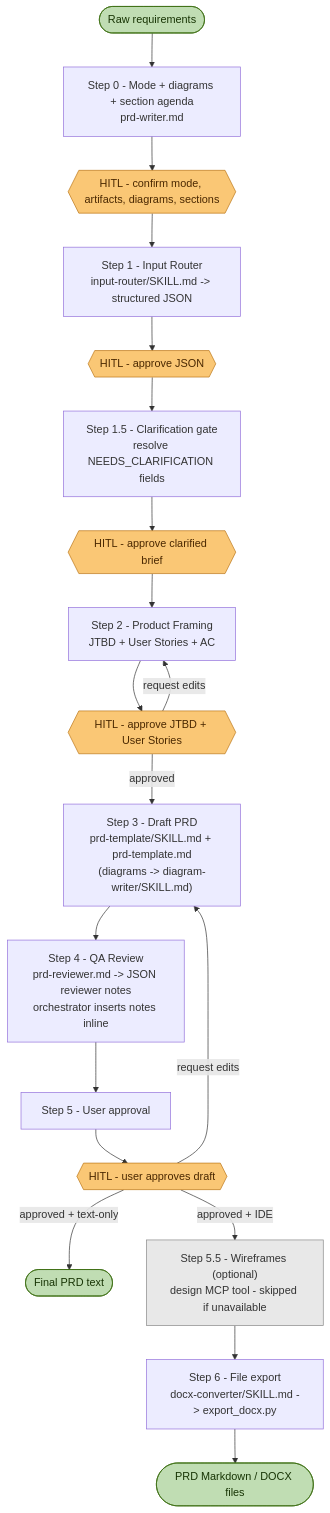
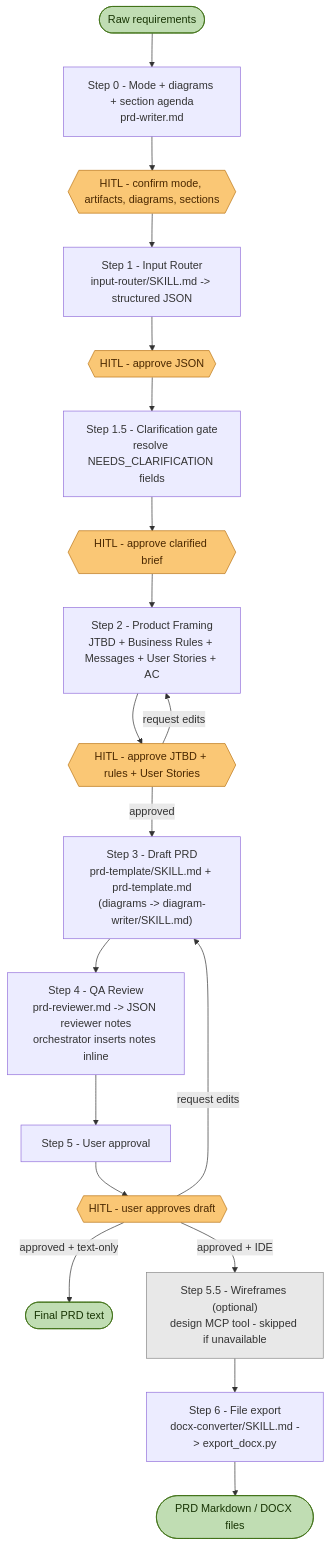
Before and after one commit to Tuon-Tun/PRD_Vexere: the diagram in README.md, drawn with Mermaid. The commit also changed other lines of this file and 13 other files, not shown here.

````diff
--- a/README.md
+++ b/README.md
@@ -111,50 +124,50 @@
 ```mermaid
 flowchart TD
     A([Raw requirements]) --> S0
 
     S0["Step 0 - Mode + diagrams + section agenda\nprd-writer.md"]
     S0 --> H0{{"HITL - confirm mode, artifacts, diagrams, sections"}}
     H0 --> S1
 
     S1["Step 1 - Input Router\ninput-router/SKILL.md -> structured JSON"]
     S1 --> H1{{"HITL - approve JSON"}}
     H1 --> S15
 
     S15["Step 1.5 - Clarification gate\nresolve NEEDS_CLARIFICATION fields"]
     S15 --> H15{{"HITL - approve clarified brief"}}
     H15 --> S2
 
-    S2["Step 2 - Product Framing\nJTBD + User Stories + AC"]
-    S2 --> H2{{"HITL - approve JTBD + User Stories"}}
+    S2["Step 2 - Product Framing\nJTBD + Business Rules + Messages + User Stories + AC"]
+    S2 --> H2{{"HITL - approve JTBD + rules + User Stories"}}
     H2 -->|"request edits"| S2
     H2 -->|"approved"| S3
 
     S3["Step 3 - Draft PRD\nprd-template/SKILL.md + prd-template.md\n(diagrams -> diagram-writer/SKILL.md)"]
     S3 --> S4
 
     S4["Step 4 - QA Review\nprd-reviewer.md -> JSON reviewer notes\norchestrator inserts notes inline"]
     S4 --> S5
 
     S5["Step 5 - User approval"]
     S5 --> H5
     H5{{"HITL - user approves draft"}}
     H5 -->|"request edits"| S3
     H5 -->|"approved + text-only"| ZT([Final PRD text])
     H5 -->|"approved + IDE"| S55
 
     S55["Step 5.5 - Wireframes (optional)\ndesign MCP tool - skipped if unavailable"]
     S55 --> S6
 
     S6["Step 6 - File export\ndocx-converter/SKILL.md -> export_docx.py"]
     S6 --> ZF([PRD Markdown / DOCX files])
 
     style H0 fill:#FAC775,stroke:#BA7517,color:#4A2800
     style H1 fill:#FAC775,stroke:#BA7517,color:#4A2800
     style H15 fill:#FAC775,stroke:#BA7517,color:#4A2800
     style H2 fill:#FAC775,stroke:#BA7517,color:#4A2800
     style H5 fill:#FAC775,stroke:#BA7517,color:#4A2800
     style S55 fill:#E8E8E8,stroke:#888,color:#333
     style A fill:#C0DDB3,stroke:#3B6D11,color:#173404
     style ZT fill:#C0DDB3,stroke:#3B6D11,color:#173404
     style ZF fill:#C0DDB3,stroke:#3B6D11,color:#173404
 ```
````
